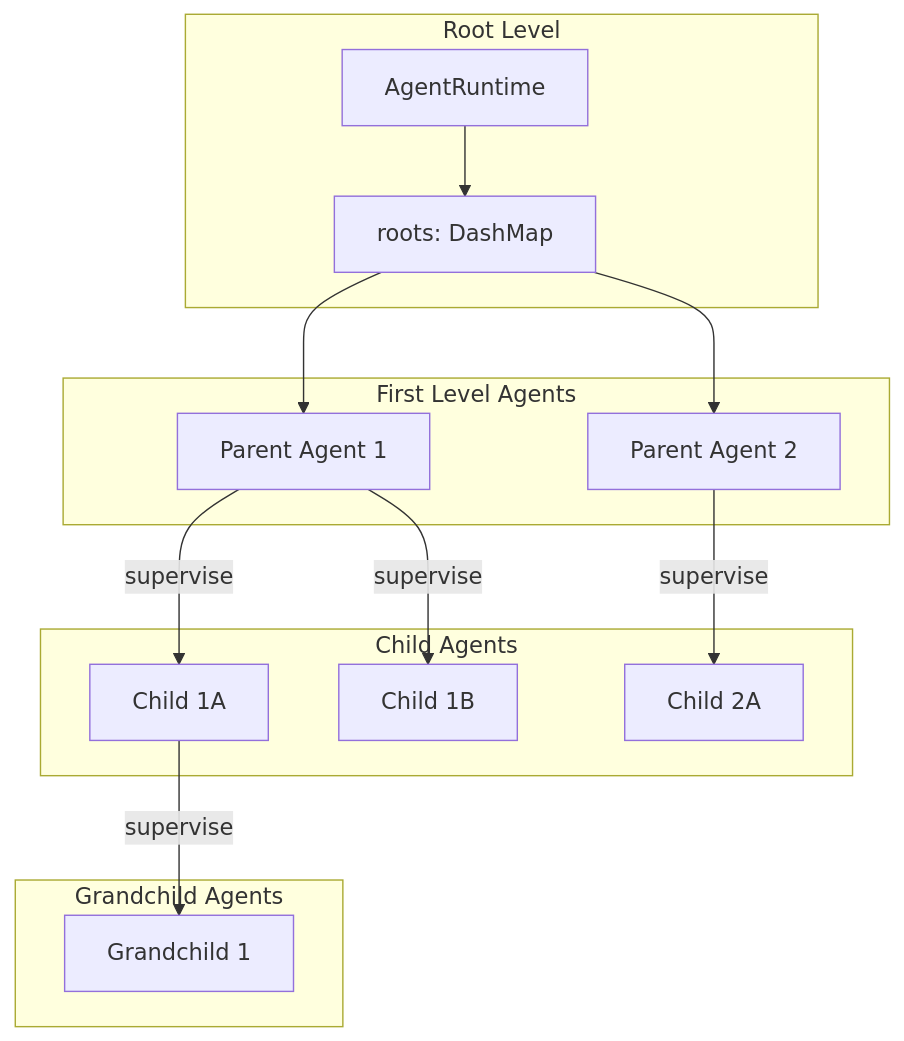
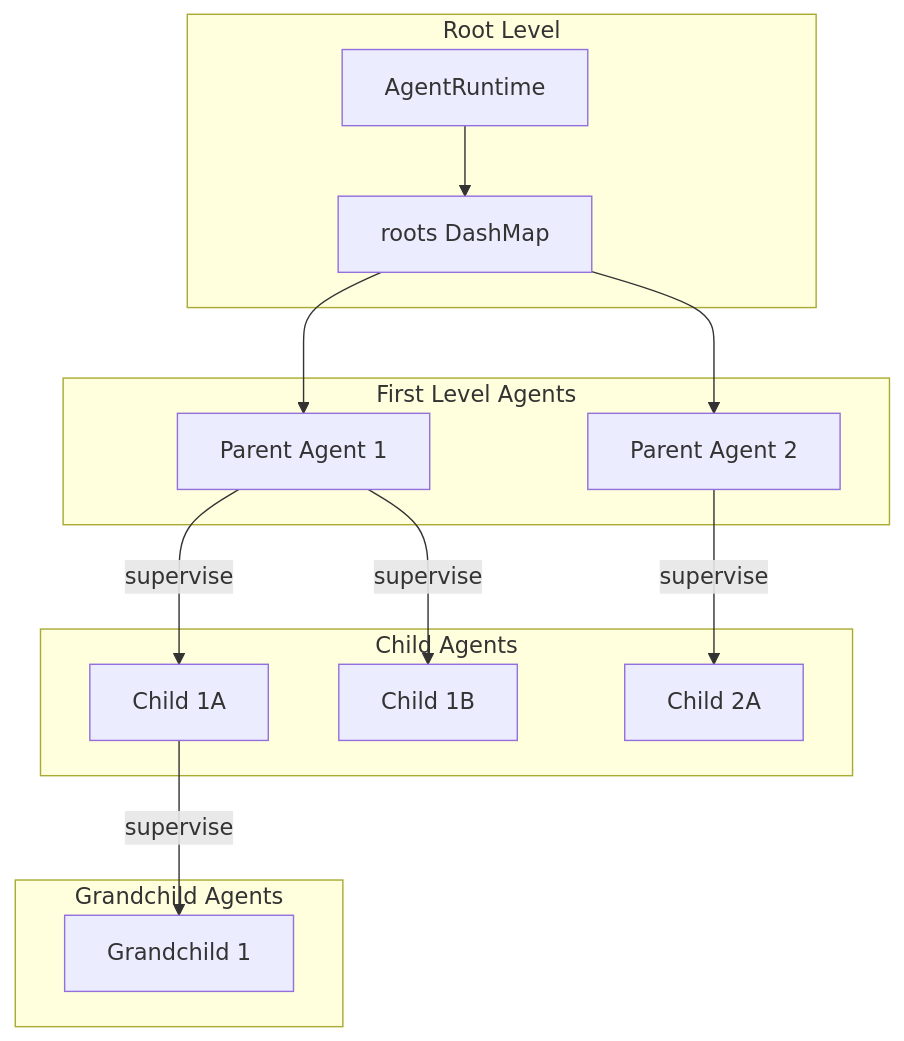
The ninth of 13 diagrams in acton-docs-site/src/app/docs/architecture/page.md (Govcraft/acton-reactive), drawn with Mermaid before and after one commit. The commit also changed other lines of this file, not shown here.

First line of the commit message:
fix(docs): update Mermaid diagrams for v11.x compatibility

````diff
--- a/acton-docs-site/src/app/docs/architecture/page.md
+++ b/acton-docs-site/src/app/docs/architecture/page.md
@@ -368,32 +368,32 @@
 ```mermaid
 graph TB
-    subgraph "Root Level"
-        Runtime[AgentRuntime]
-        Roots[roots: DashMap]
+    subgraph RootLevel["Root Level"]
+        Runtime["AgentRuntime"]
+        Roots["roots DashMap"]
     end
 
-    subgraph "First Level Agents"
-        Parent1[Parent Agent 1]
-        Parent2[Parent Agent 2]
+    subgraph FirstLevel["First Level Agents"]
+        Parent1["Parent Agent 1"]
+        Parent2["Parent Agent 2"]
     end
 
-    subgraph "Child Agents"
-        Child1A[Child 1A]
-        Child1B[Child 1B]
-        Child2A[Child 2A]
+    subgraph ChildLevel["Child Agents"]
+        Child1A["Child 1A"]
+        Child1B["Child 1B"]
+        Child2A["Child 2A"]
     end
 
-    subgraph "Grandchild Agents"
-        GC1[Grandchild 1]
+    subgraph GrandchildLevel["Grandchild Agents"]
+        GC1["Grandchild 1"]
     end
 
     Runtime --> Roots
     Roots --> Parent1
     Roots --> Parent2
 
     Parent1 -->|supervise| Child1A
     Parent1 -->|supervise| Child1B
     Parent2 -->|supervise| Child2A
 
     Child1A -->|supervise| GC1
 ```
````
